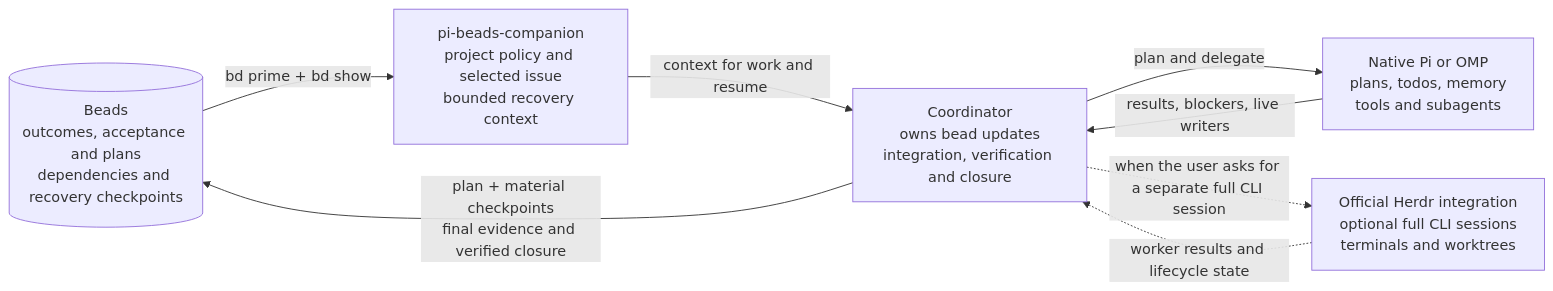
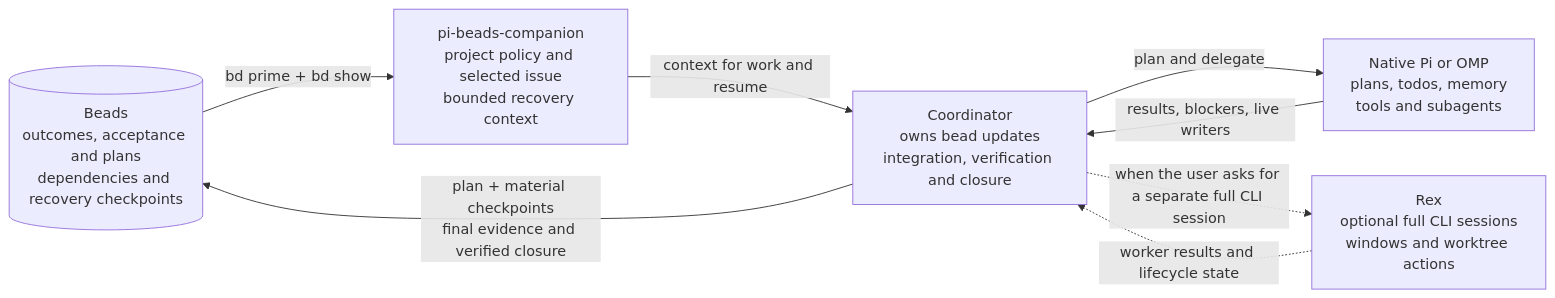
The diagram in README.md (jeffhuen/pi-beads-companion), drawn with Mermaid before and after one commit. The commit also changed other lines of this file and 5 other files, not shown here.

First line of the commit message:
docs: point the companion policy at Rex instead of Herdr

````diff
--- a/README.md
+++ b/README.md
@@ -265,16 +265,16 @@
 ```mermaid
 flowchart LR
     beads[("Beads<br/>outcomes, acceptance and plans<br/>dependencies and recovery checkpoints")]
     companion["pi-beads-companion<br/>project policy and selected issue<br/>bounded recovery context"]
     coordinator["Coordinator<br/>owns bead updates<br/>integration, verification and closure"]
     harness["Native Pi or OMP<br/>plans, todos, memory<br/>tools and subagents"]
-    herdr["Official Herdr integration<br/>optional full CLI sessions<br/>terminals and worktrees"]
+    rex["Rex<br/>optional full CLI sessions<br/>windows and worktree actions"]
 
     beads -->|"bd prime + bd show"| companion
     companion -->|"context for work and resume"| coordinator
     coordinator -->|"plan and delegate"| harness
     harness -->|"results, blockers, live writers"| coordinator
     coordinator -->|"plan + material checkpoints<br/>final evidence and verified closure"| beads
-    coordinator -.->|"when the user asks for a separate full CLI session"| herdr
-    herdr -.->|"worker results and lifecycle state"| coordinator
+    coordinator -.->|"when the user asks for a separate full CLI session"| rex
+    rex -.->|"worker results and lifecycle state"| coordinator
 ```
````
